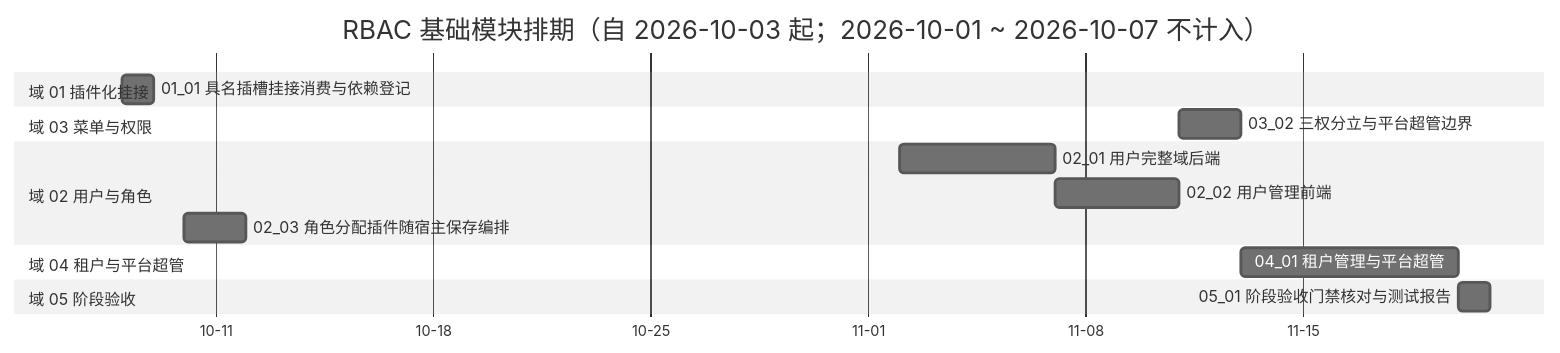
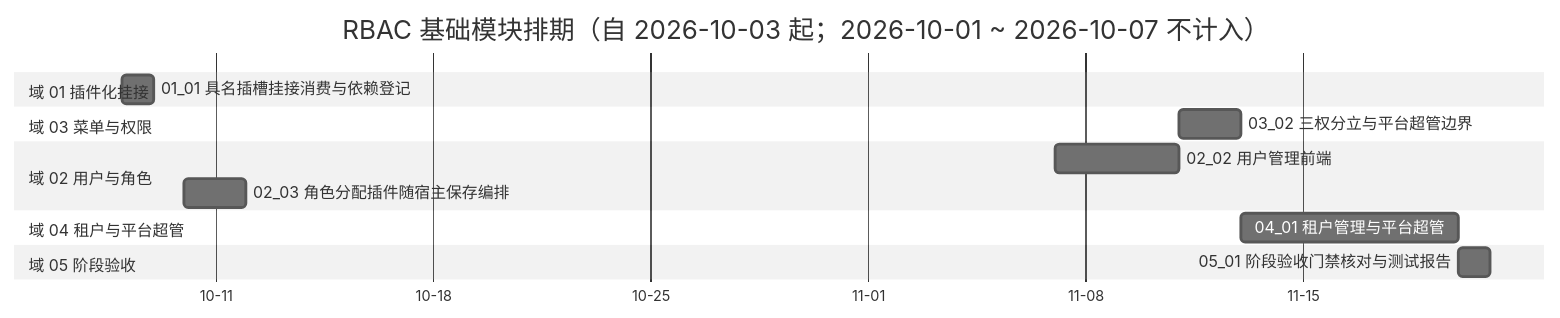
Before and after one commit to minjian123/basic-management-system: the diagram in bms文档/项目/07_RBAC基础模块/计划/01_计划_RBAC基础模块.md, drawn with Mermaid (neutral theme). The commit also changed other lines of this file and 11 other files, not shown here.

````diff
--- a/bms文档/项目/07_RBAC基础模块/计划/01_计划_RBAC基础模块.md
+++ b/bms文档/项目/07_RBAC基础模块/计划/01_计划_RBAC基础模块.md
@@ -52,18 +52,17 @@
 ```mermaid
 gantt
     title RBAC 基础模块排期（自 2026-10-03 起；2026-10-01 ~ 2026-10-07 不计入）
     dateFormat  YYYY-MM-DD
     axisFormat %m-%d
     section 域 01 插件化挂接
     01_01 具名插槽挂接消费与依赖登记 :a0101, 2026-10-08, 1d
     section 域 03 菜单与权限
     03_02 三权分立与平台超管边界 :a0302, 2026-11-11, 2d
     section 域 02 用户与角色
-    02_01 用户完整域后端 :a0201, 2026-11-02, 5d
     02_02 用户管理前端 :a0202, 2026-11-07, 4d
     02_03 角色分配插件随宿主保存编排 :a0203b, 2026-10-10, 2d
     section 域 04 租户与平台超管
     04_01 租户管理与平台超管 :a0401, 2026-11-13, 7d
     section 域 05 阶段验收
     05_01 阶段验收门禁核对与测试报告 :a0501, 2026-11-20, 1d
 ```
````
